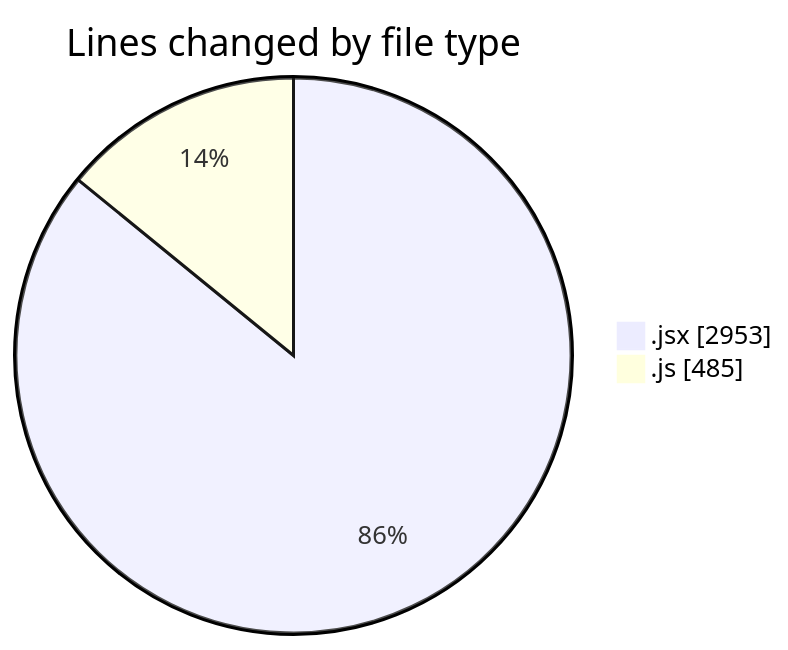
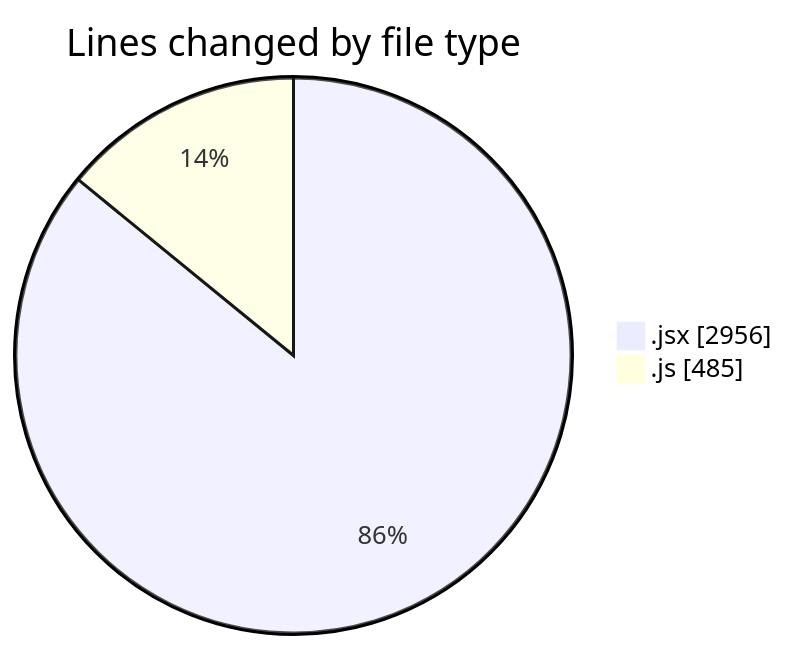
Before and after one commit to nxtqubesakshisongat/code-tracking: the first of 2 diagrams in 2025-05-22/nxtqube_webapp/README.md, drawn with Mermaid. The commit also changed other lines of this file and 1 other file, not shown here.

````diff
--- a/2025-05-22/nxtqube_webapp/README.md
+++ b/2025-05-22/nxtqube_webapp/README.md
@@ -23,6 +23,6 @@
 ```mermaid
 pie showData
 title Lines changed by file type
-".jsx" : 2953
+".jsx" : 2956
 ".js" : 485
 ```
````
